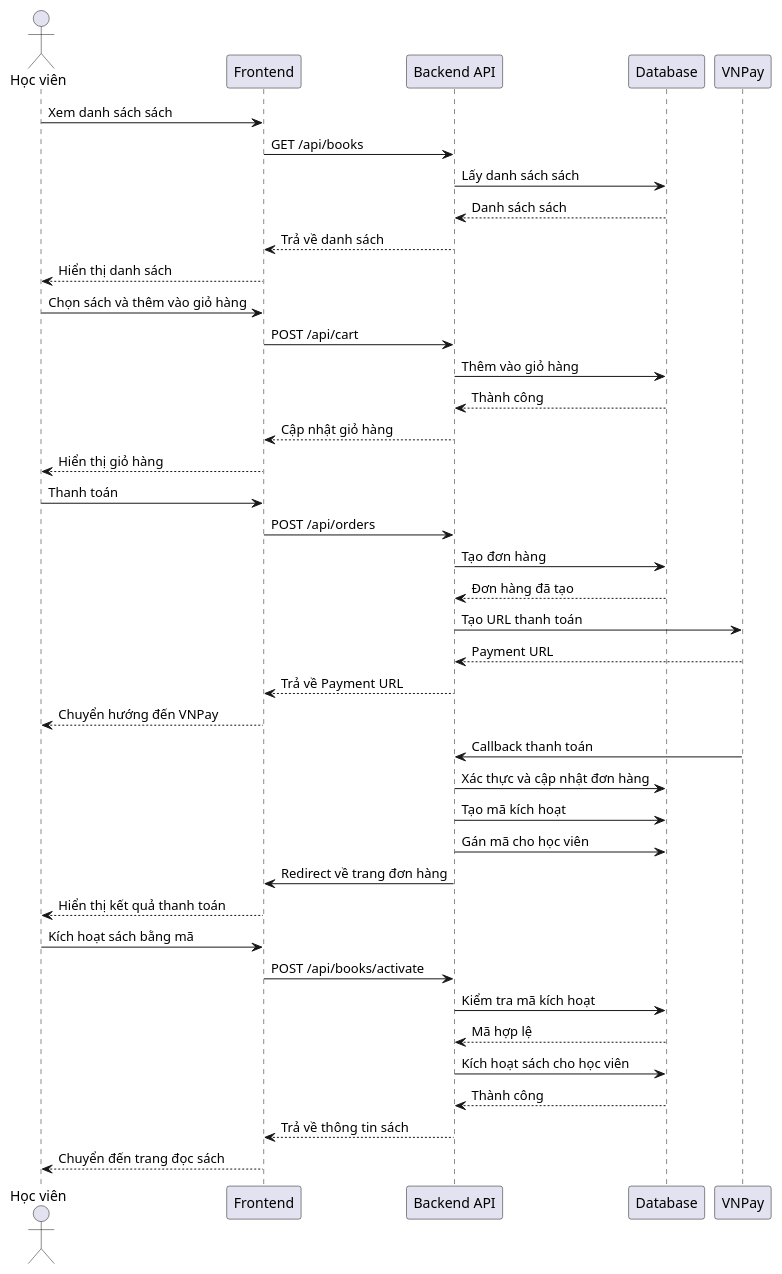
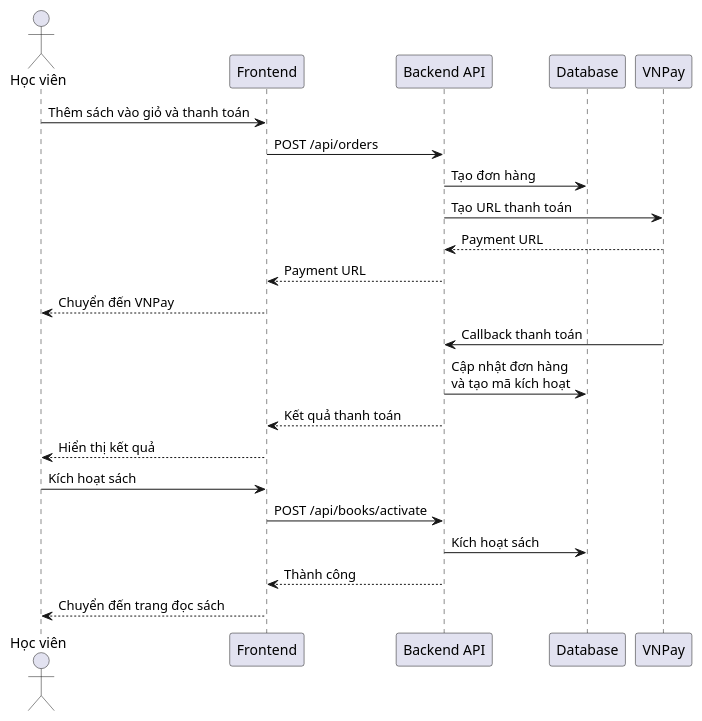
The sixth of 18 diagrams in khoitriso-be/BIEU_DO_UML.md (ngocnghia81/KhoiTriSo-PHP), drawn with PlantUML before and after one commit. The commit also changed other lines of this file and 23 other files, not shown here.

````diff
--- a/khoitriso-be/BIEU_DO_UML.md
+++ b/khoitriso-be/BIEU_DO_UML.md
@@ -231,49 +144,29 @@
 ```plantuml
 @startuml
 actor "Học viên" as Student
 participant "Frontend" as FE
 participant "Backend API" as API
 participant "Database" as DB
 participant "VNPay" as VNPay
 
-Student -> FE: Xem danh sách sách
-FE -> API: GET /api/books
-API -> DB: Lấy danh sách sách
-DB --> API: Danh sách sách
-API --> FE: Trả về danh sách
-FE --> Student: Hiển thị danh sách
-
-Student -> FE: Chọn sách và thêm vào giỏ hàng
-FE -> API: POST /api/cart
-API -> DB: Thêm vào giỏ hàng
-DB --> API: Thành công
-API --> FE: Cập nhật giỏ hàng
-FE --> Student: Hiển thị giỏ hàng
-
-Student -> FE: Thanh toán
+Student -> FE: Thêm sách vào giỏ và thanh toán
 FE -> API: POST /api/orders
 API -> DB: Tạo đơn hàng
-DB --> API: Đơn hàng đã tạo
 API -> VNPay: Tạo URL thanh toán
 VNPay --> API: Payment URL
-API --> FE: Trả về Payment URL
-FE --> Student: Chuyển hướng đến VNPay
+API --> FE: Payment URL
+FE --> Student: Chuyển đến VNPay
 
 VNPay -> API: Callback thanh toán
-API -> DB: Xác thực và cập nhật đơn hàng
-API -> DB: Tạo mã kích hoạt
-API -> DB: Gán mã cho học viên
-API -> FE: Redirect về trang đơn hàng
-FE --> Student: Hiển thị kết quả thanh toán
+API -> DB: Cập nhật đơn hàng\nvà tạo mã kích hoạt
+API --> FE: Kết quả thanh toán
+FE --> Student: Hiển thị kết quả
 
-Student -> FE: Kích hoạt sách bằng mã
+Student -> FE: Kích hoạt sách
 FE -> API: POST /api/books/activate
-API -> DB: Kiểm tra mã kích hoạt
-DB --> API: Mã hợp lệ
-API -> DB: Kích hoạt sách cho học viên
-DB --> API: Thành công
-API --> FE: Trả về thông tin sách
+API -> DB: Kích hoạt sách
+API --> FE: Thành công
 FE --> Student: Chuyển đến trang đọc sách
 
 @enduml
 ```
````
